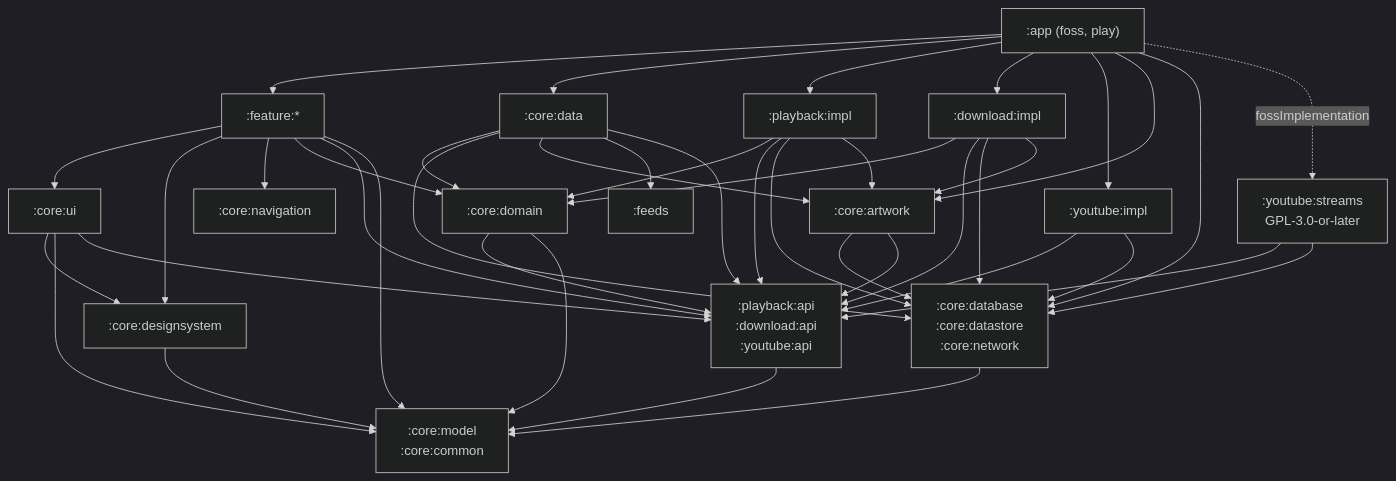
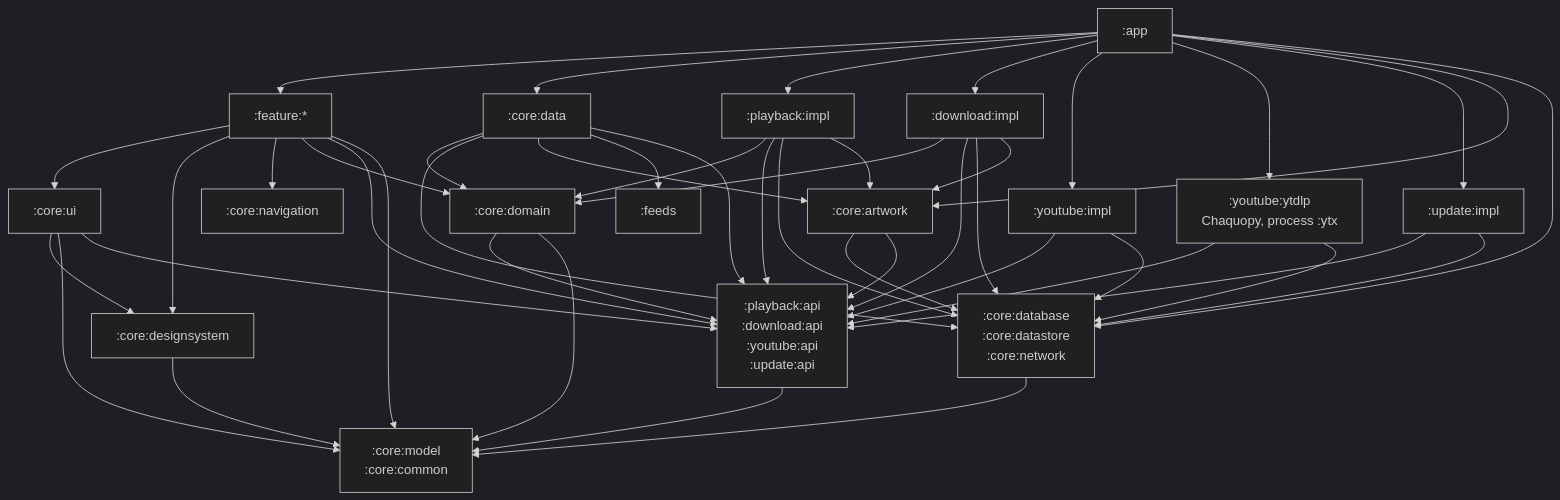
One commit to BigBoyDevBox/Neutrodyne changed the first of 4 diagrams in docs/design/01-foundation.md. Above: the diagram before and after it, drawn with Mermaid (dark theme). The commit also changed other lines of this file and 11 other files, not shown here.

````diff
--- a/docs/design/01-foundation.md
+++ b/docs/design/01-foundation.md
@@ -532,33 +541,34 @@
 ```mermaid
 flowchart TB
-  app[":app (foss, play)"]
+  app[":app"]
   feat[":feature:*"]
   ui[":core:ui"]
   ds[":core:designsystem"]
   nav[":core:navigation"]
   dom[":core:domain"]
-  apis[":playback:api<br/>:download:api<br/>:youtube:api"]
+  apis[":playback:api<br/>:download:api<br/>:youtube:api<br/>:update:api"]
   data[":core:data"]
   pimpl[":playback:impl"]
   dimpl[":download:impl"]
   yimpl[":youtube:impl"]
-  ys[":youtube:streams<br/>GPL-3.0-or-later"]
+  yd[":youtube:ytdlp<br/>Chaquopy, process :ytx"]
+  upi[":update:impl"]
   art[":core:artwork"]
   infra[":core:database<br/>:core:datastore<br/>:core:network"]
   feeds[":feeds"]
   base[":core:model<br/>:core:common"]
-  app --> feat & data & pimpl & dimpl & yimpl & art & infra
-  app -.->|fossImplementation| ys
+  app --> feat & data & pimpl & dimpl & yimpl & yd & upi & art & infra
   feat --> ui & ds & nav & dom & apis & base
   ui --> ds & base & apis
   ds --> base
   dom --> apis & base
   apis --> base
   data --> dom & infra & art & feeds & apis
   pimpl --> dom & apis & infra & art
   dimpl --> dom & apis & infra & art
   yimpl --> apis & infra
-  ys --> apis & infra
+  yd --> apis & infra
+  upi --> apis & infra
   art --> infra & apis
   infra --> base
 ```
````
